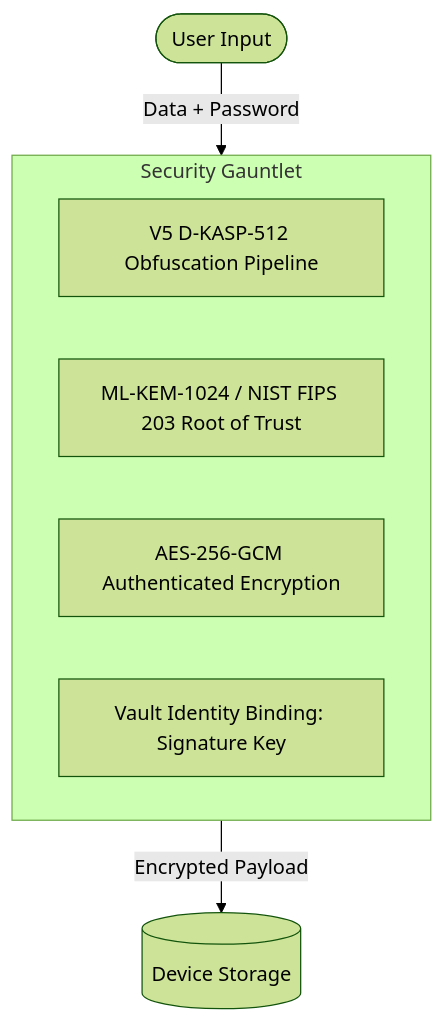
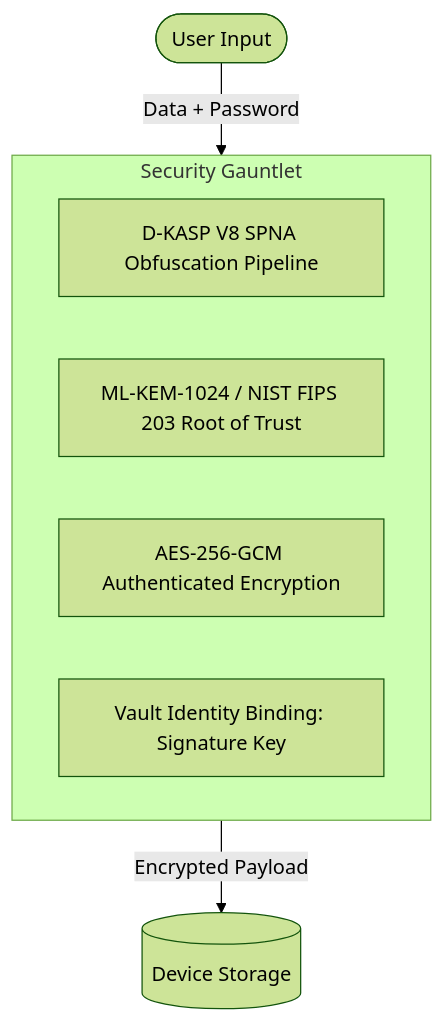
Before and after one commit to Kryklin/darkstar: the first of 2 diagrams in DARKSTAR_ARCHITECTURE.md, drawn with Mermaid (forest theme). The commit also changed other lines of this file and 32 other files, not shown here.

````diff
--- a/DARKSTAR_ARCHITECTURE.md
+++ b/DARKSTAR_ARCHITECTURE.md
@@ -34,13 +32,13 @@
 ```mermaid
 graph TD
     User([User Input]) -->|Data + Password| Layers[Multi-Layer Protection]
 
     subgraph Layers [Security Gauntlet]
-        Obf[V5 D-KASP-512 Obfuscation Pipeline]
+        Obf[D-KASP V8 SPNA Obfuscation Pipeline]
         KEM[ML-KEM-1024 / NIST FIPS 203 Root of Trust]
         AES[AES-256-GCM Authenticated Encryption]
         Identity[Vault Identity Binding: Signature Key]
     end
 
     Layers -->|Encrypted Payload| Storage[(Device Storage)]
 ```
````
